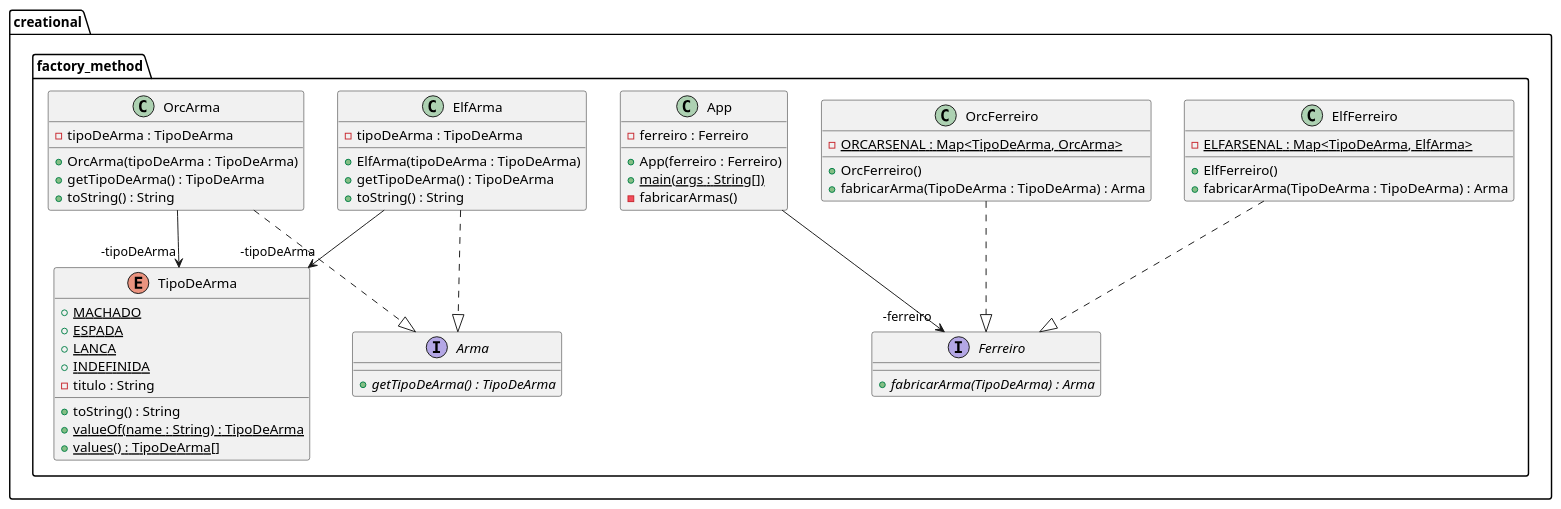
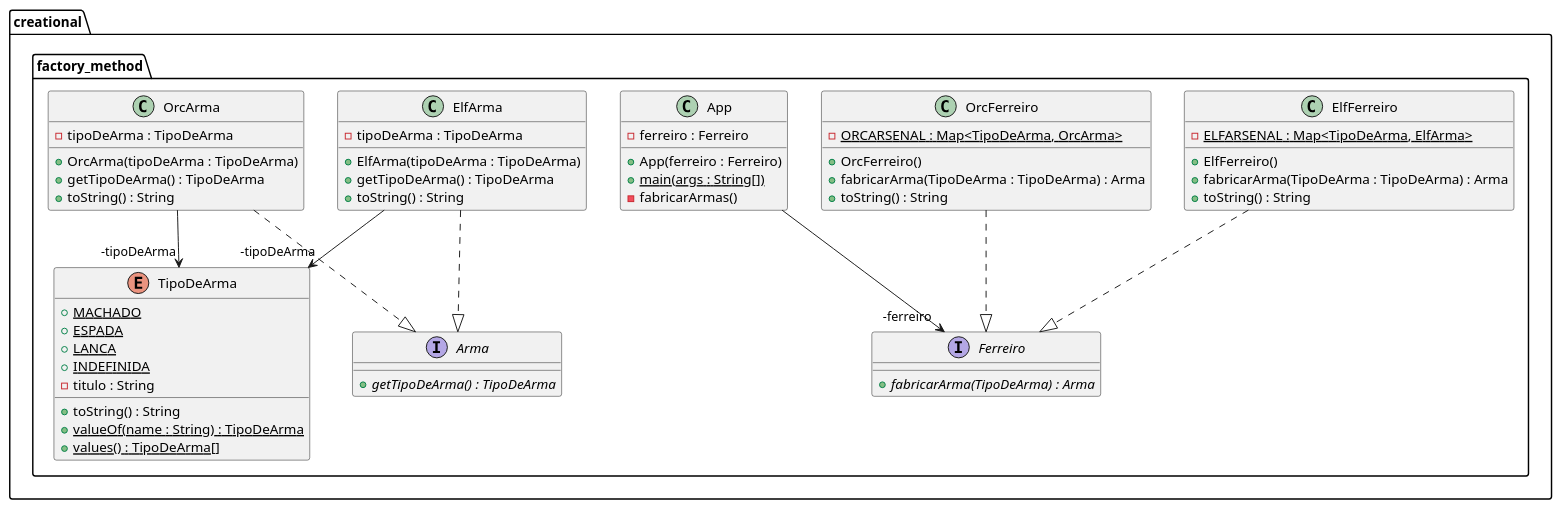
The diagram in src/creational/factory_method/diagramas/FactoryMethod.puml (jeanLuizInsight/design-patterns-java), drawn with PlantUML before and after one commit. The commit also changed 8 other files, not shown here.

```diff
--- a/src/creational/factory_method/diagramas/FactoryMethod.puml
+++ b/src/creational/factory_method/diagramas/FactoryMethod.puml
@@ -1,55 +1,57 @@
 @startuml
 package creational.factory_method {
   class App {
     - ferreiro : Ferreiro
     + App(ferreiro : Ferreiro)
     + main(args : String[]) {static}
     - fabricarArmas()
   }
   interface Ferreiro {
     + fabricarArma(TipoDeArma) : Arma {abstract}
   }
   interface Arma {
     + getTipoDeArma() : TipoDeArma {abstract}
   }
   enum TipoDeArma {
     + MACHADO {static}
     + ESPADA {static}
     + LANCA {static}
     + INDEFINIDA {static}
     - titulo : String
     + toString() : String
     + valueOf(name : String) : TipoDeArma {static}
     + values() : TipoDeArma[] {static}
   }
   class ElfFerreiro {
     - ELFARSENAL : Map<TipoDeArma, ElfArma> {static}
     + ElfFerreiro()
     + fabricarArma(TipoDeArma : TipoDeArma) : Arma
+    + toString() : String
   }
   class ElfArma {
     - tipoDeArma : TipoDeArma
     + ElfArma(tipoDeArma : TipoDeArma)
     + getTipoDeArma() : TipoDeArma
     + toString() : String
   }
   class OrcFerreiro {
     - ORCARSENAL : Map<TipoDeArma, OrcArma> {static}
     + OrcFerreiro()
     + fabricarArma(TipoDeArma : TipoDeArma) : Arma
+    + toString() : String
   }
   class OrcArma {
     - tipoDeArma : TipoDeArma
     + OrcArma(tipoDeArma : TipoDeArma)
     + getTipoDeArma() : TipoDeArma
     + toString() : String
   }
 }
 ElfArma -->  "-tipoDeArma" TipoDeArma
 OrcArma -->  "-tipoDeArma" TipoDeArma
 App -->  "-ferreiro" Ferreiro
 ElfFerreiro ..|> Ferreiro 
 ElfArma ..|> Arma 
 OrcFerreiro ..|> Ferreiro 
 OrcArma ..|> Arma 
 @enduml
```
